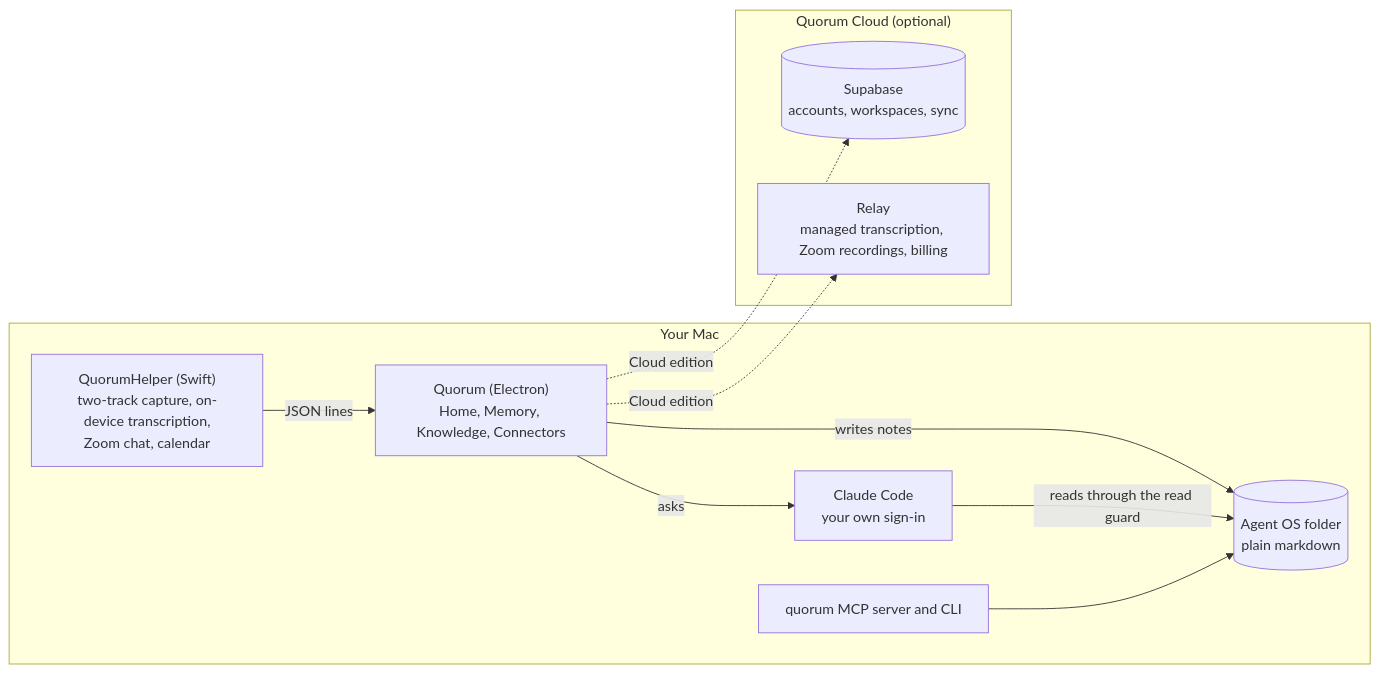
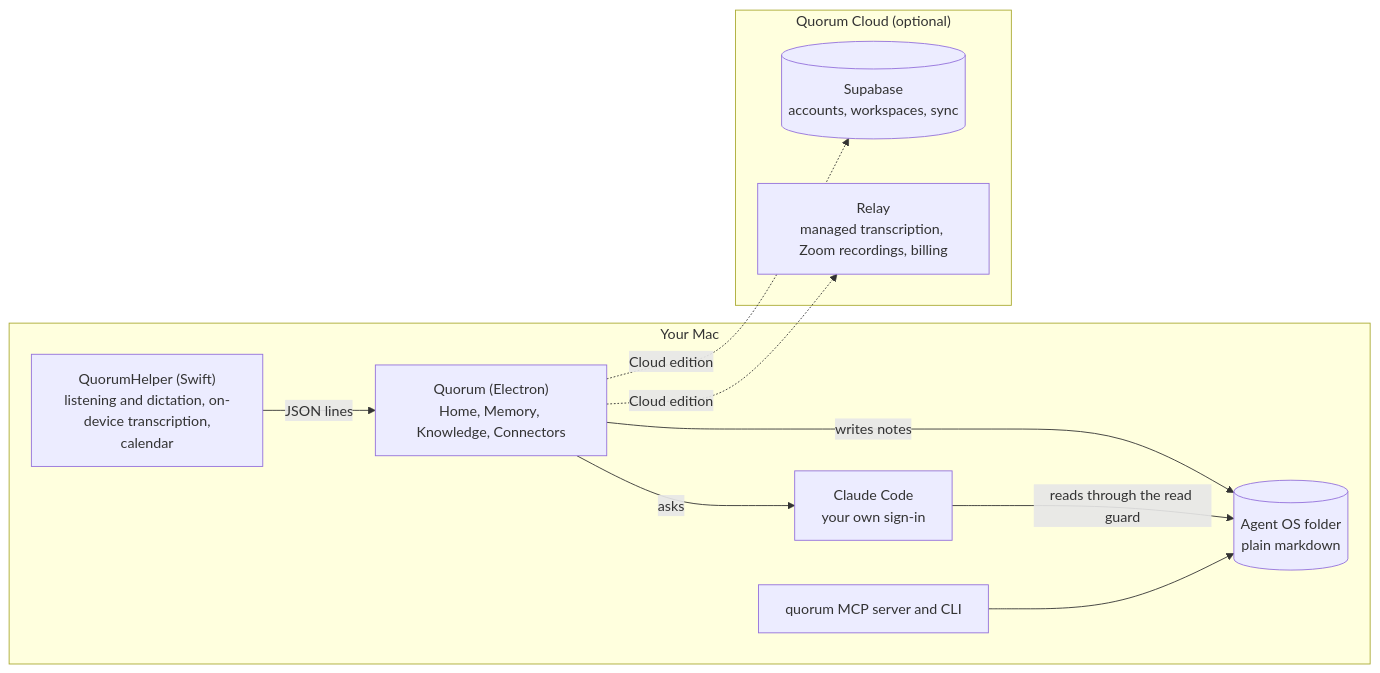
The diagram in README.md (smejkaldesign/quorum), drawn with Mermaid before and after one commit. The commit also changed other lines of this file and 5 other files, not shown here.

````diff
--- a/README.md
+++ b/README.md
@@ -165,21 +180,21 @@
 ```mermaid
 flowchart LR
   subgraph mac["Your Mac"]
-    helper["QuorumHelper (Swift)<br/>two-track capture, on-device transcription,<br/>Zoom chat, calendar"]
+    helper["QuorumHelper (Swift)<br/>listening and dictation, on-device transcription,<br/>calendar"]
     app["Quorum (Electron)<br/>Home, Memory, Knowledge, Connectors"]
     folder[("Agent OS folder<br/>plain markdown")]
     cc["Claude Code<br/>your own sign-in"]
     mcp["quorum MCP server and CLI"]
     helper -- "JSON lines" --> app
     app -- "writes notes" --> folder
     app -- "asks" --> cc
     cc -- "reads through the read guard" --> folder
     mcp --> folder
   end
   subgraph cloud["Quorum Cloud (optional)"]
     db[("Supabase<br/>accounts, workspaces, sync")]
     relay["Relay<br/>managed transcription, Zoom recordings, billing"]
   end
   app -. "Cloud edition" .-> db
   app -. "Cloud edition" .-> relay
 ```
````
